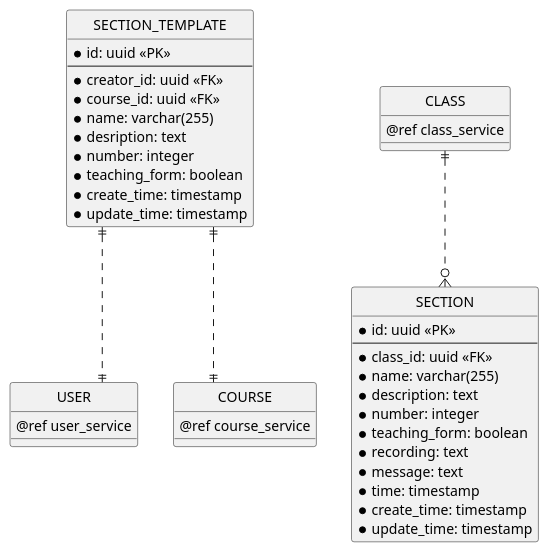
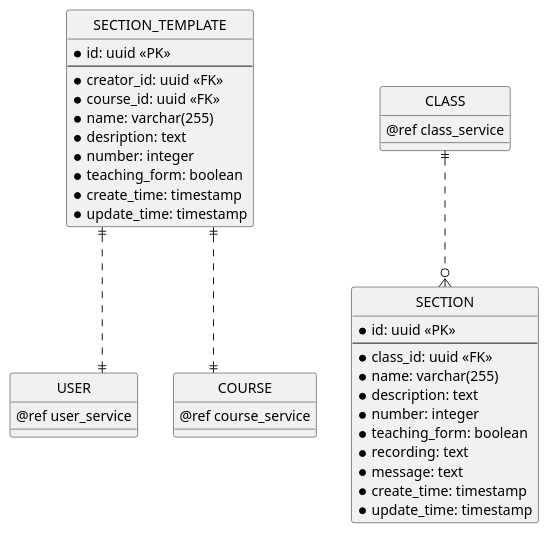
Before and after one commit to chungnguyenbkcse/ERD-USECASE-KIDSDRAWING: the eighth of 13 diagrams in erd.md, drawn with PlantUML. The commit also changed other lines of this file and 1 other file, not shown here.

````diff
--- a/erd.md
+++ b/erd.md
@@ -419,55 +427,54 @@
 ```plantuml
 @startuml section_service
 ' hide the spot
 hide circle
 
 ' avoid problems with angled crows feet
 skinparam linetype ortho
 
 entity "USER" as user {
     @ref user_service
 }
 
 entity "COURSE" as course {
     @ref course_service
 }
 
 entity "SECTION" as section {
     * id: uuid <<PK>>
     --
     * class_id: uuid <<FK>>
     * name: varchar(255)
     * description: text
     * number: integer
     * teaching_form: boolean
     * recording: text
     * message: text
-    * time: timestamp
     * create_time: timestamp
     * update_time: timestamp
 }
 
 entity "SECTION_TEMPLATE" as section_template {
     * id: uuid <<PK>>
     --
     * creator_id: uuid <<FK>>
     * course_id: uuid <<FK>>
     * name: varchar(255)
     * desription: text
     * number: integer
     * teaching_form: boolean
     * create_time: timestamp
     * update_time: timestamp
 }
 
 
 entity "CLASS" as class {
     @ref class_service
 }
 
 ' Section Relationship
 class ||..o{ section
 section_template ||..|| user
 section_template ||..|| course
 @enduml
 ```
````
